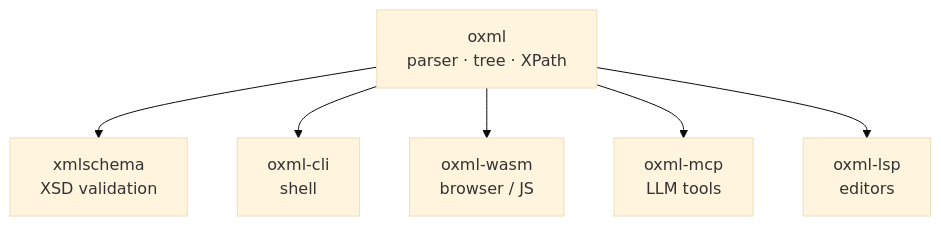
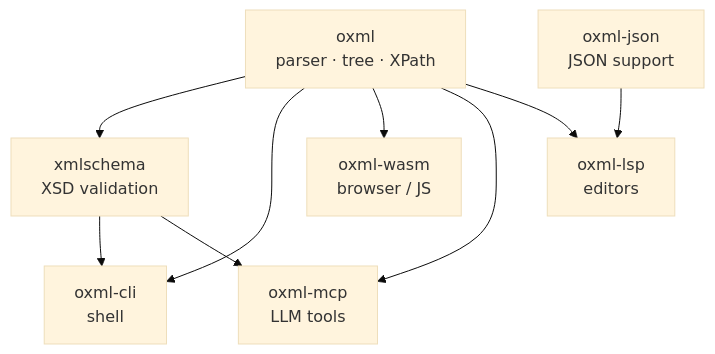
One commit to sebastienrousseau/oxml changed the diagram in doc/ECOSYSTEM.md. Above: the diagram before and after it, drawn with Mermaid (base theme). The commit also changed other lines of this file and 108 other files, not shown here.

````diff
--- a/doc/ECOSYSTEM.md
+++ b/doc/ECOSYSTEM.md
@@ -82,9 +89,12 @@
 ```mermaid
 graph TD
     oxml["oxml<br/>parser · tree · XPath"]
     oxml --> xmlschema["xmlschema<br/>XSD validation"]
     oxml --> cli["oxml-cli<br/>shell"]
     oxml --> wasm["oxml-wasm<br/>browser / JS"]
     oxml --> mcp["oxml-mcp<br/>LLM tools"]
     oxml --> lsp["oxml-lsp<br/>editors"]
+    xmlschema --> cli
+    xmlschema --> mcp
+    json["oxml-json<br/>JSON support"] --> lsp
 ```
````
